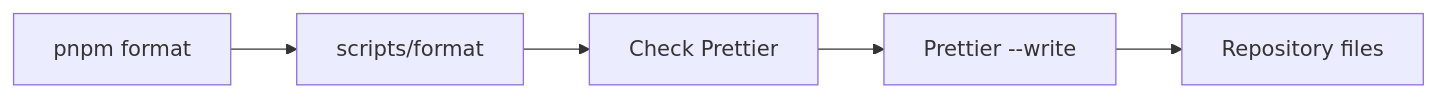
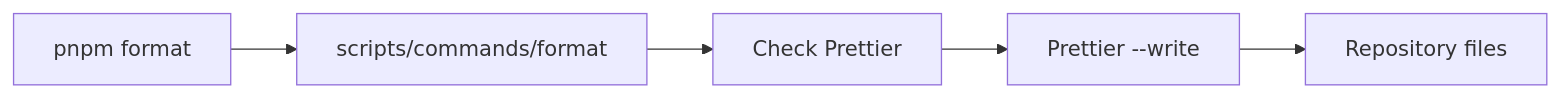
The ninth of 16 diagrams in docs/developer/EE-IMP-006-P07_Root_Script_Suite_Automation.md (EQ-LABS-TECH/ee-monorepo), drawn with Mermaid before and after one commit. The commit also changed other lines of this file and 14 other files, not shown here.

````diff
--- a/docs/developer/EE-IMP-006-P07_Root_Script_Suite_Automation.md
+++ b/docs/developer/EE-IMP-006-P07_Root_Script_Suite_Automation.md
@@ -439,7 +430,7 @@
 ```mermaid
 flowchart LR
-    A["pnpm format"] --> B["scripts/format"]
-    B --> C["Check Prettier"]
-    C --> D["Prettier --write"]
-    D --> E["Repository files"]
+ A["pnpm format"] --> B["scripts/commands/format"]
+ B --> C["Check Prettier"]
+ C --> D["Prettier --write"]
+ D --> E["Repository files"]
 ```
````
